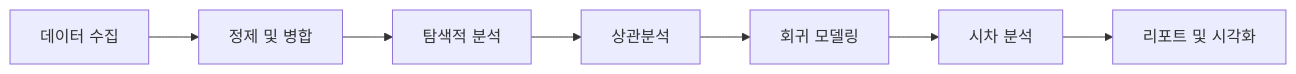
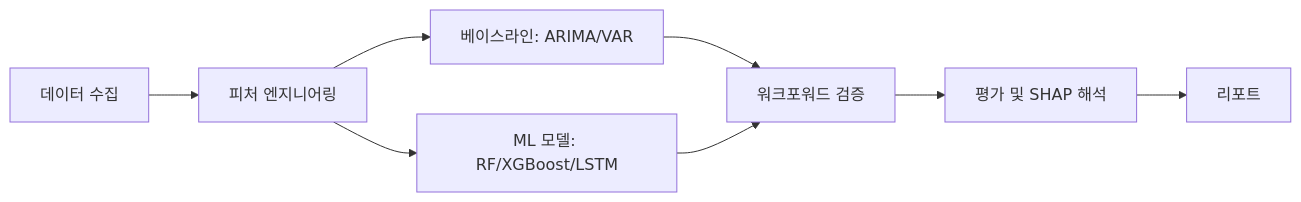
One commit to Hyukjennii/kospi-lag-effect-analytics changed the first of 3 diagrams in README.ko.md. Above: the diagram before and after it, drawn with Mermaid. The commit also changed other lines of this file and 1 other file, not shown here.

````diff
--- a/README.ko.md
+++ b/README.ko.md
@@ -36,9 +36,10 @@
 ```mermaid
 flowchart LR
-    A[데이터 수집] --> B[정제 및 병합]
-    B --> C[탐색적 분석]
-    C --> D[상관분석]
-    D --> E[회귀 모델링]
-    E --> F[시차 분석]
-    F --> G[리포트 및 시각화]
+    A[데이터 수집] --> B[피처 엔지니어링]
+    B --> C[베이스라인: ARIMA/VAR]
+    B --> D[ML 모델: RF/XGBoost/LSTM]
+    C --> E[워크포워드 검증]
+    D --> E
+    E --> F[평가 및 SHAP 해석]
+    F --> G[리포트]
 ```
````
